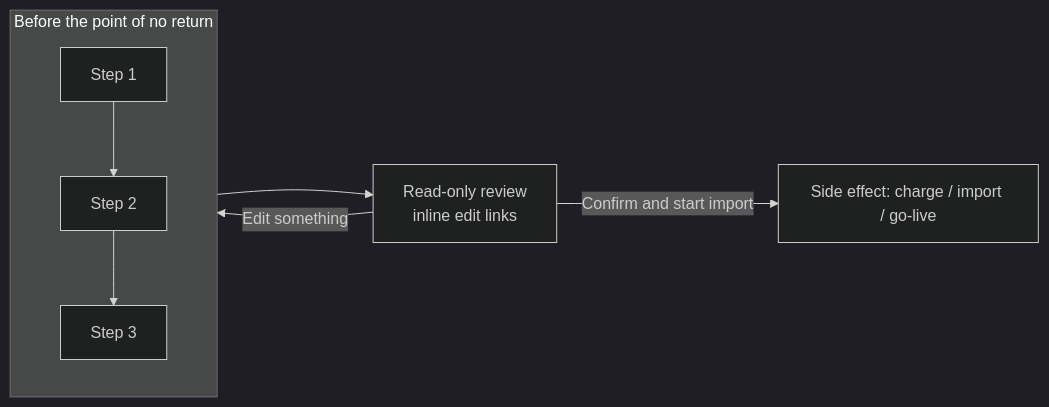
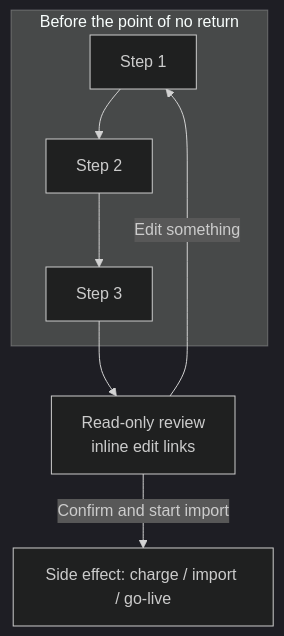
The ninth of 11 diagrams in src/content/blog/2026-09-23-implementing-wizards-the-right-way.mdx (yoosuf/yoosuf.github.io), drawn with Mermaid (dark theme) before and after one commit. The commit also changed other lines of this file and 5 other files, not shown here.

First line of the commit message:
fix: render every Mermaid diagram vertically

````diff
--- a/src/content/blog/2026-09-23-implementing-wizards-the-right-way.mdx
+++ b/src/content/blog/2026-09-23-implementing-wizards-the-right-way.mdx
@@ -217,10 +217,9 @@
 ```mermaid
-flowchart LR
+flowchart TD
     subgraph pre["Before the point of no return"]
-        direction TB
         P1[Step 1] --> P2[Step 2] --> P3[Step 3]
     end
     P3 --> RV[Read-only review<br/>inline edit links]
     RV -->|Confirm and start import| DONE[Side effect: charge / import / go-live]
     RV -->|Edit something| P1
 ```
````
